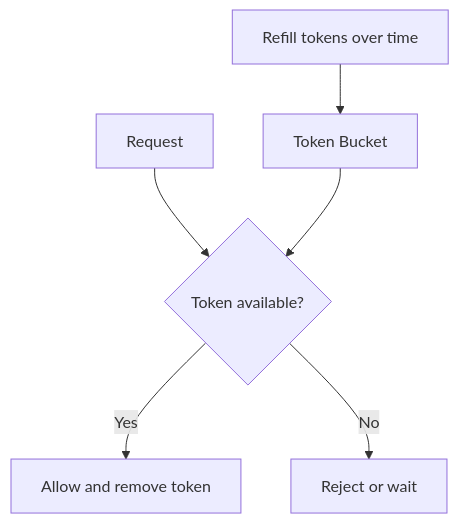
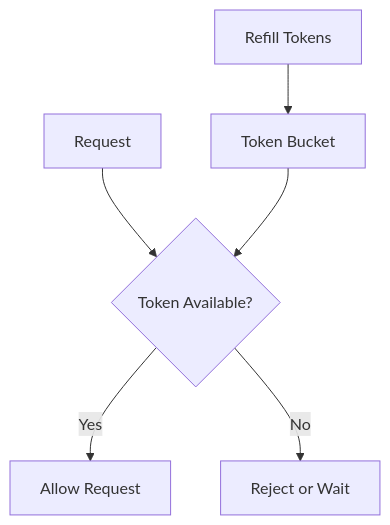
The seventh of 8 diagrams in 01-fundamentals/ratelimiter.md (shivi11sep/scalable-system-design), drawn with Mermaid before and after one commit. The commit also changed other lines of this file, not shown here.

````diff
--- a/01-fundamentals/ratelimiter.md
+++ b/01-fundamentals/ratelimiter.md
@@ -152,8 +434,8 @@
 ```mermaid
 flowchart TD
-    R[Refill tokens over time] --> B[Token Bucket]
-    Q[Request] --> C{Token available?}
+    R[Refill Tokens] --> B[Token Bucket]
+    Q[Request] --> C{Token Available?}
     B --> C
-    C -->|Yes| A[Allow and remove token]
-    C -->|No| D[Reject or wait]
+    C -->|Yes| A[Allow Request]
+    C -->|No| D[Reject or Wait]
 ```
````
